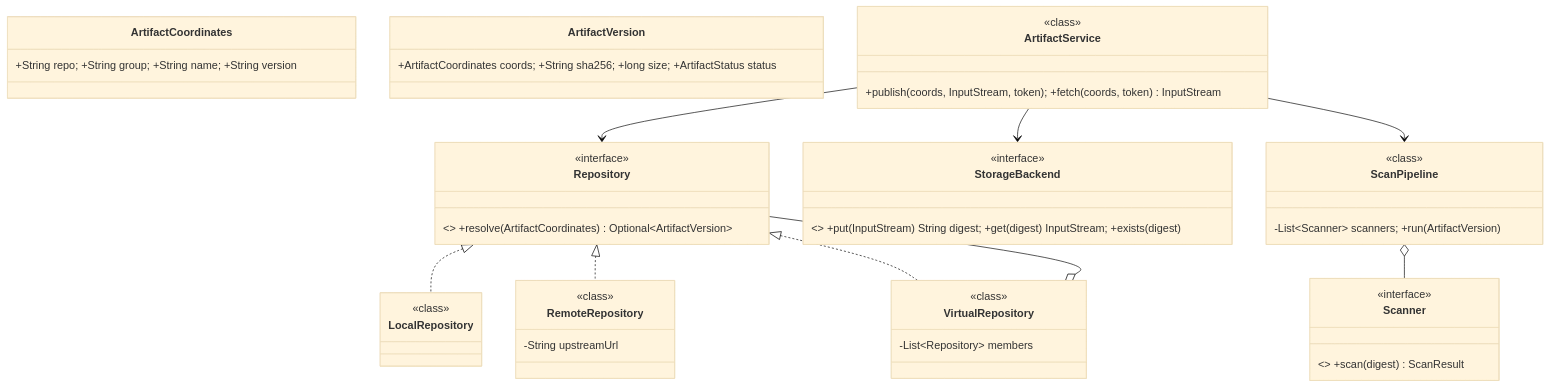
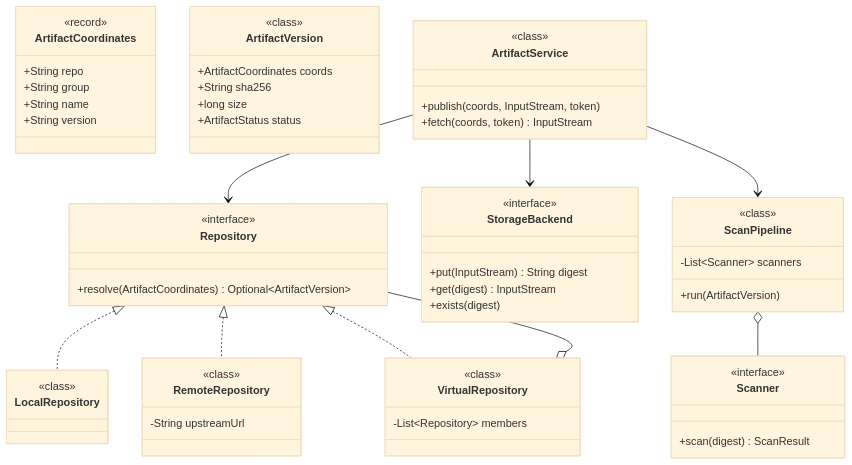
The first of 2 diagrams in system-design/lld/08-artifact-repository.md (amarkum/amarkumar.guru), drawn with Mermaid (base theme) before and after one commit. The commit also changed other lines of this file and 27 other files, not shown here.

````diff
--- a/system-design/lld/08-artifact-repository.md
+++ b/system-design/lld/08-artifact-repository.md
@@ -41,44 +41,77 @@
 ```mermaid
 classDiagram
-    class Repository { <<interface>> +resolve(ArtifactCoordinates) Optional~ArtifactVersion~ }
+    class Repository {
+      <<interface>>
+      +resolve(ArtifactCoordinates) Optional~ArtifactVersion~
+    }
     class LocalRepository {
       <<class>>
     }
-    class RemoteRepository { -String upstreamUrl }
-    class VirtualRepository { -List~Repository~ members }
-    class ArtifactCoordinates { +String repo; +String group; +String name; +String version }
-    class ArtifactVersion { +ArtifactCoordinates coords; +String sha256; +long size; +ArtifactStatus status }
-    class StorageBackend { <<interface>> +put(InputStream) String digest; +get(digest) InputStream; +exists(digest) }
-    class Scanner { <<interface>> +scan(digest) ScanResult }
-    class ScanPipeline { -List~Scanner~ scanners; +run(ArtifactVersion) }
-    class ArtifactService { +publish(coords, InputStream, token); +fetch(coords, token) InputStream }
+    class RemoteRepository {
+      -String upstreamUrl
+    }
+    class VirtualRepository {
+      -List~Repository~ members
+    }
+    class ArtifactCoordinates {
+      <<record>>
+      +String repo
+      +String group
+      +String name
+      +String version
+    }
+    class ArtifactVersion {
+      <<class>>
+      +ArtifactCoordinates coords
+      +String sha256
+      +long size
+      +ArtifactStatus status
+    }
+    class StorageBackend {
+      <<interface>>
+      +put(InputStream) String digest
+      +get(digest) InputStream
+      +exists(digest)
+    }
+    class Scanner {
+      <<interface>>
+      +scan(digest) ScanResult
+    }
+    class ScanPipeline {
+      -List~Scanner~ scanners
+      +run(ArtifactVersion)
+    }
+    class ArtifactService {
+      +publish(coords, InputStream, token)
+      +fetch(coords, token) InputStream
+    }
     Repository <|.. LocalRepository
     Repository <|.. RemoteRepository
     Repository <|.. VirtualRepository
     VirtualRepository o-- Repository
     ArtifactService --> Repository
     ArtifactService --> StorageBackend
     ArtifactService --> ScanPipeline
     ScanPipeline o-- Scanner
     class Repository {
       <<interface>>
     }
     class VirtualRepository {
       <<class>>
     }
     class RemoteRepository {
       <<class>>
     }
     class ArtifactService {
       <<class>>
     }
     class ScanPipeline {
       <<class>>
     }
     class Scanner {
       <<interface>>
     }
     class StorageBackend {
       <<interface>>
     }
 ```
````
